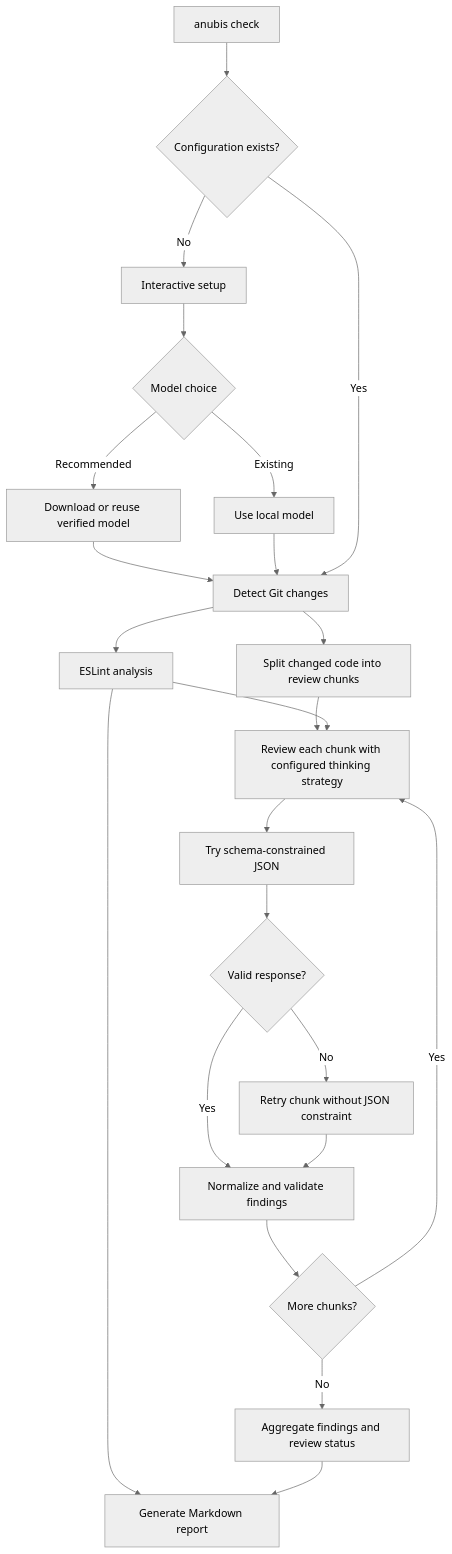
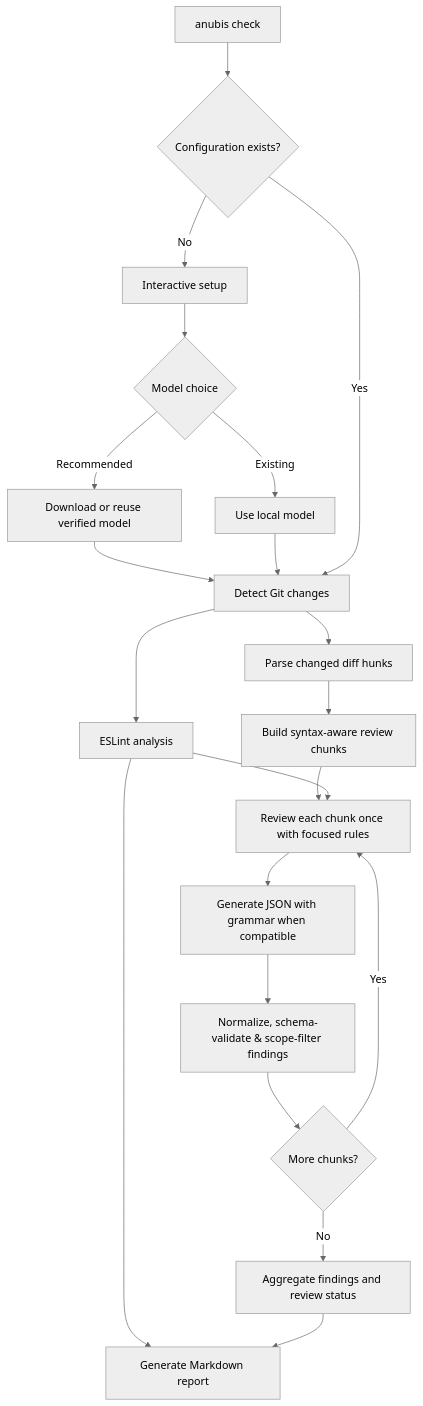
Before and after one commit to Hossam-Elgzeery/Anubis: the diagram in README.md, drawn with Mermaid (neutral theme). The commit also changed other lines of this file and 7 other files, not shown here.

````diff
--- a/README.md
+++ b/README.md
@@ -268,25 +284,23 @@
 ```mermaid
 flowchart TD
     A[anubis check] --> B{Configuration exists?}
     B -- No --> C[Interactive setup]
     C --> D{Model choice}
     D -- Recommended --> E[Download or reuse verified model]
     D -- Existing --> F[Use local model]
     E --> G[Detect Git changes]
     F --> G
     B -- Yes --> G
     G --> H[ESLint analysis]
-    G --> I[Split changed code into review chunks]
-    I --> J[Review each chunk with configured thinking strategy]
+    G --> I[Parse changed diff hunks]
+    I --> R[Build syntax-aware review chunks]
+    R --> J[Review each chunk once with focused rules]
     H --> J
-    J --> K[Try schema-constrained JSON]
-    K --> L{Valid response?}
-    L -- No --> M[Retry chunk without JSON constraint]
-    L -- Yes --> N[Normalize and validate findings]
-    M --> N
+    J --> K[Generate JSON with grammar when compatible]
+    K --> N[Normalize, schema-validate & scope-filter findings]
     N --> O{More chunks?}
     O -- Yes --> J
     O -- No --> P[Aggregate findings and review status]
     H --> Q[Generate Markdown report]
     P --> Q
 ```
````
